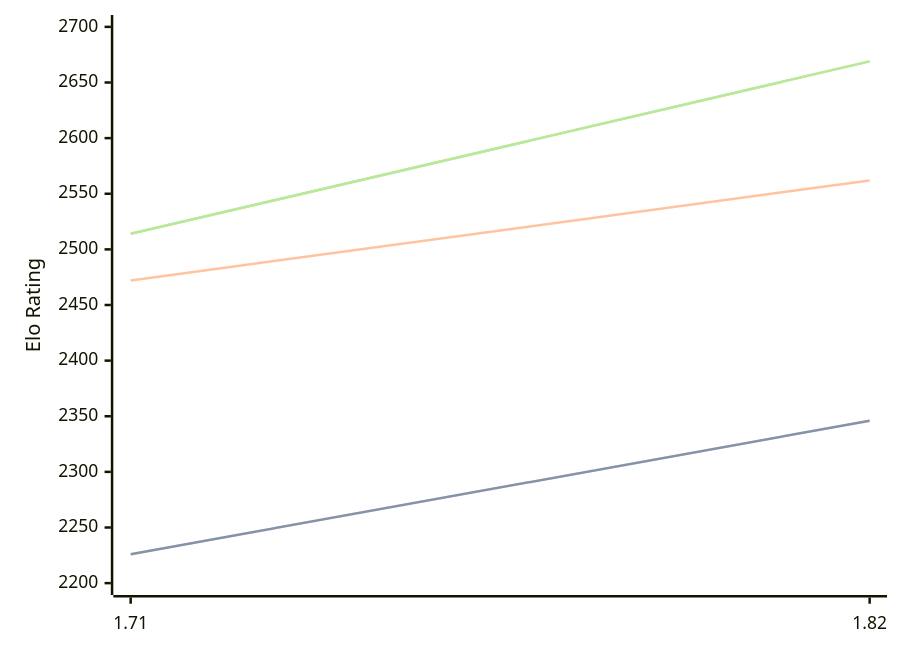
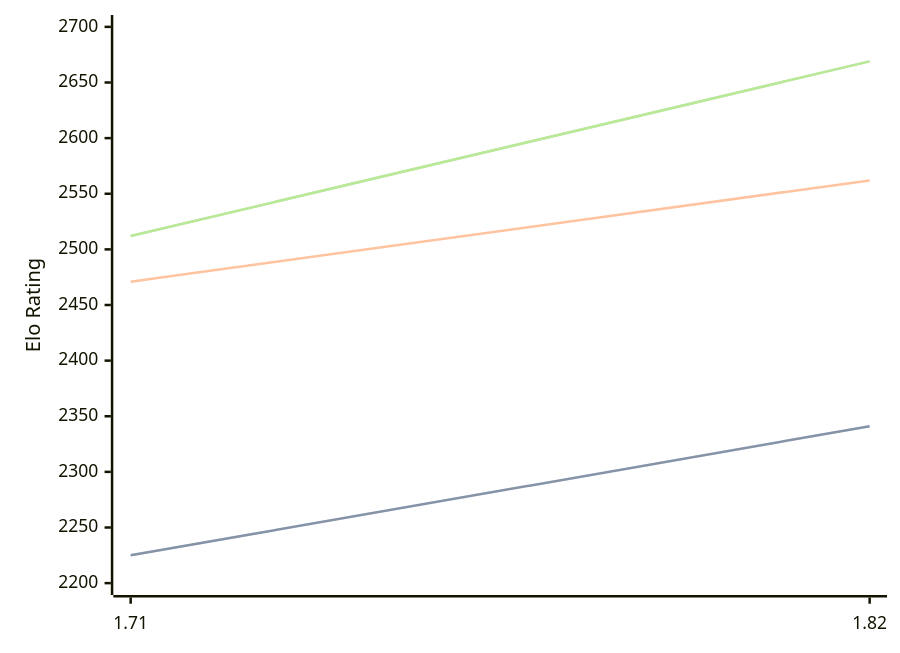
Before and after one commit to computer-chess-index/cci: the diagram in engines/Amira.md, drawn with Mermaid. The commit also changed other lines of this file, not shown here.

Commit message:
Update CCI Ratings (ELO VLTC) - 2026-04-27

````diff
--- a/engines/Amira.md
+++ b/engines/Amira.md
@@ -35,11 +35,11 @@
 ```mermaid
 %%{init: {"theme":"base","themeVariables":{"seriesColors:['#a3a3a3','#222221','#faa371']}}}%%
 xychart-beta
   x-axis ["1.71", "1.82"]
   y-axis "Elo Rating" 2200 --> 2700
-  line "STC (8.0+0.08s)" [2226, 2346]
-  line "STC (8.0+0.08s)" [2226, 2346]
-  line "LTC (60.0+0.60s)" [2472, 2562]
-  line "VLTC (2m24s+1.12s)" [2514, 2669]
-  line "VLTC (2m24s+1.12s)" [2514, 2669]
+  line "STC (8.0+0.08s)" [2225, 2341]
+  line "STC (8.0+0.08s)" [2225, 2341]
+  line "LTC (60.0+0.60s)" [2471, 2562]
+  line "VLTC (2m24s+1.12s)" [2512, 2669]
+  line "VLTC (2m24s+1.12s)" [2512, 2669]
 ```
````
